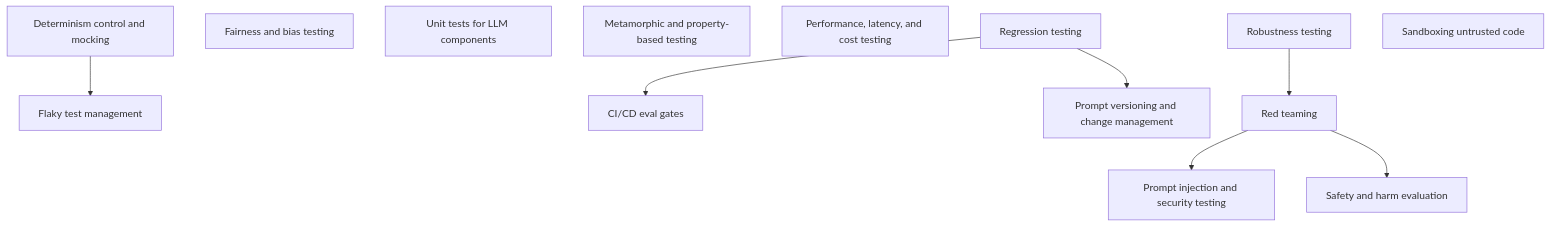
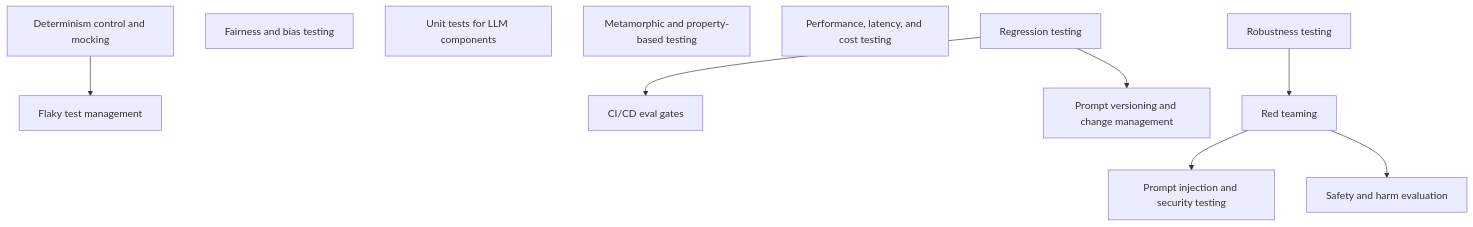
The sixth of 8 diagrams in map/00-overview.md (ksubramanian9/ai_evaluation), drawn with Mermaid before and after one commit. The commit also changed other lines of this file and 91 other files, not shown here.

````diff
--- a/map/00-overview.md
+++ b/map/00-overview.md
@@ -202,23 +204,22 @@
 ```mermaid
 flowchart TD
   n_ci_eval_gates["CI/CD eval gates"]
   n_determinism_control_and_mocking["Determinism control and mocking"]
   n_fairness_and_bias_testing["Fairness and bias testing"]
   n_flaky_test_management["Flaky test management"]
   n_llm_unit_tests["Unit tests for LLM components"]
   n_metamorphic_and_property_testing["Metamorphic and property-based testing"]
   n_performance_latency_cost_testing["Performance, latency, and cost testing"]
   n_prompt_injection_security_testing["Prompt injection and security testing"]
   n_prompt_versioning_and_change_management["Prompt versioning and change management"]
   n_red_teaming["Red teaming"]
   n_regression_testing["Regression testing"]
   n_robustness_testing["Robustness testing"]
   n_safety_and_harm_evals["Safety and harm evaluation"]
-  n_sandboxing_untrusted_code["Sandboxing untrusted code"]
   n_regression_testing --> n_ci_eval_gates
   n_determinism_control_and_mocking --> n_flaky_test_management
   n_red_teaming --> n_prompt_injection_security_testing
   n_regression_testing --> n_prompt_versioning_and_change_management
   n_robustness_testing --> n_red_teaming
   n_red_teaming --> n_safety_and_harm_evals
 ```
````
